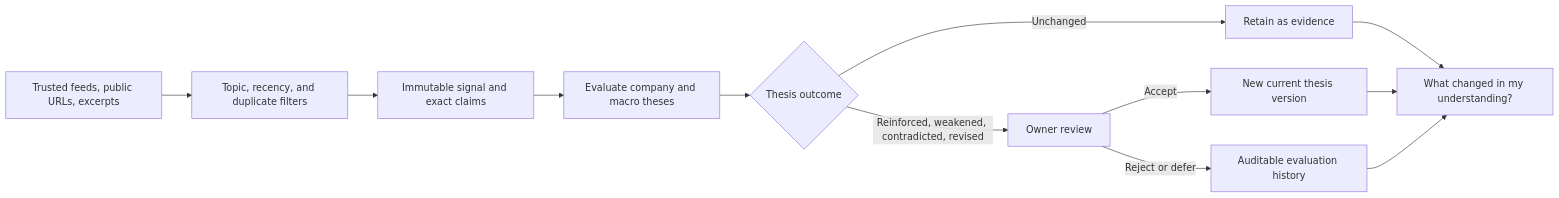
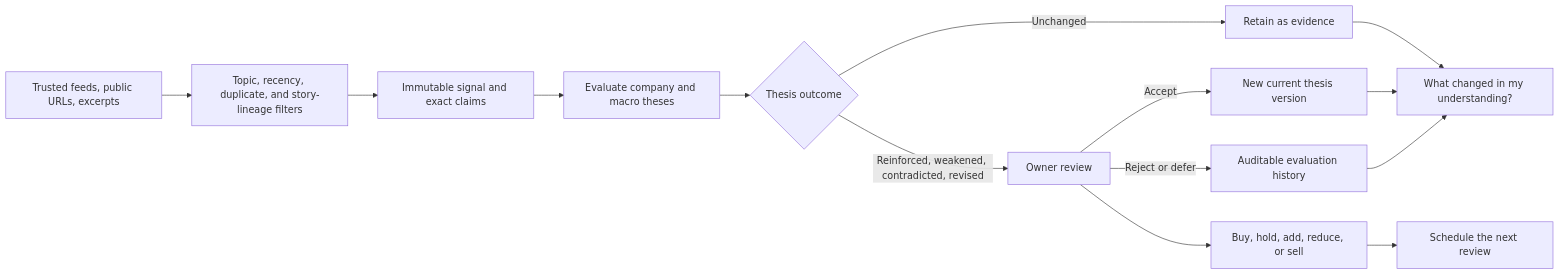
One commit to GawainTheCoder/project-relay changed the first of 2 diagrams in README.md. Above: the diagram before and after it, drawn with Mermaid. The commit also changed other lines of this file and 78 other files, not shown here.

````diff
--- a/README.md
+++ b/README.md
@@ -23,14 +29,16 @@
 ```mermaid
 flowchart LR
-    SOURCES["Trusted feeds, public URLs, excerpts"] --> FILTER["Topic, recency, and duplicate filters"]
+    SOURCES["Trusted feeds, public URLs, excerpts"] --> FILTER["Topic, recency, duplicate, and story-lineage filters"]
     FILTER --> SIGNAL["Immutable signal and exact claims"]
     SIGNAL --> EVALUATE["Evaluate company and macro theses"]
     EVALUATE --> PROPOSAL{"Thesis outcome"}
     PROPOSAL -- "Unchanged" --> LEDGER["Retain as evidence"]
     PROPOSAL -- "Reinforced, weakened, contradicted, revised" --> REVIEW["Owner review"]
     REVIEW -- Accept --> VERSION["New current thesis version"]
+    REVIEW --> DECISION["Buy, hold, add, reduce, or sell"]
+    DECISION --> NEXT["Schedule the next review"]
     REVIEW -- "Reject or defer" --> HISTORY["Auditable evaluation history"]
     LEDGER --> BRIEF["What changed in my understanding?"]
     VERSION --> BRIEF
     HISTORY --> BRIEF
 ```
````
